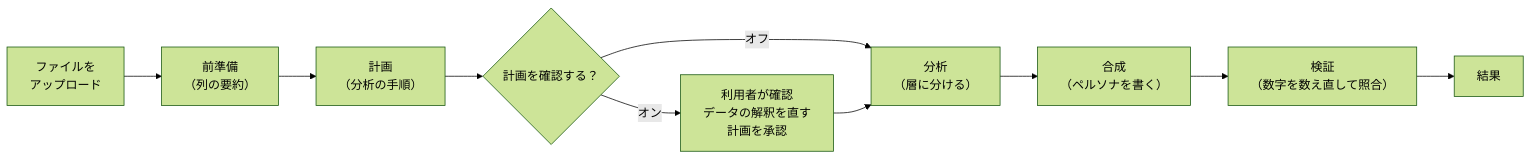
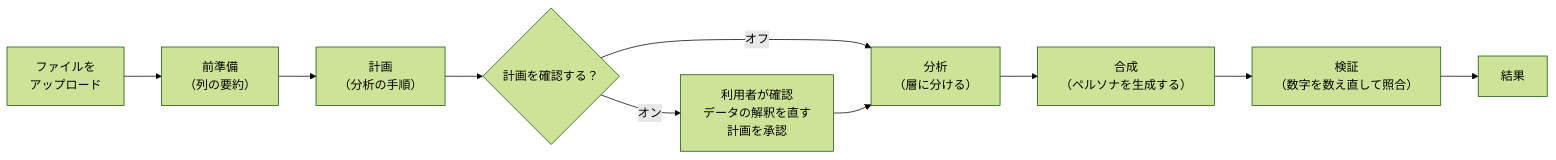
The diagram in docs/advanced_generation_guide.md (aws-samples/sample-ai-persona), drawn with Mermaid (forest theme) before and after one commit. The commit also changed other lines of this file, not shown here.

````diff
--- a/docs/advanced_generation_guide.md
+++ b/docs/advanced_generation_guide.md
@@ -56,12 +54,12 @@
 ```mermaid
 flowchart LR
   A["ファイルを<br/>アップロード"] --> B["前準備<br/>（列の要約）"]
   B --> C["計画<br/>（分析の手順）"]
   C --> D{"計画を確認する？"}
   D -- オン --> E["利用者が確認<br/>データの解釈を直す<br/>計画を承認"]
   D -- オフ --> F
   E --> F["分析<br/>（層に分ける）"]
-  F --> G["合成<br/>（ペルソナを書く）"]
+  F --> G["合成<br/>（ペルソナを生成する）"]
   G --> H["検証<br/>（数字を数え直して照合）"]
   H --> I["結果"]
 ```
````
